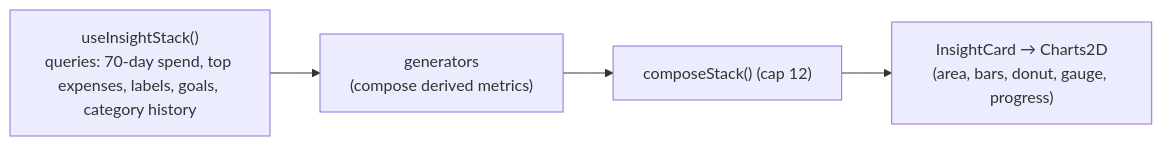
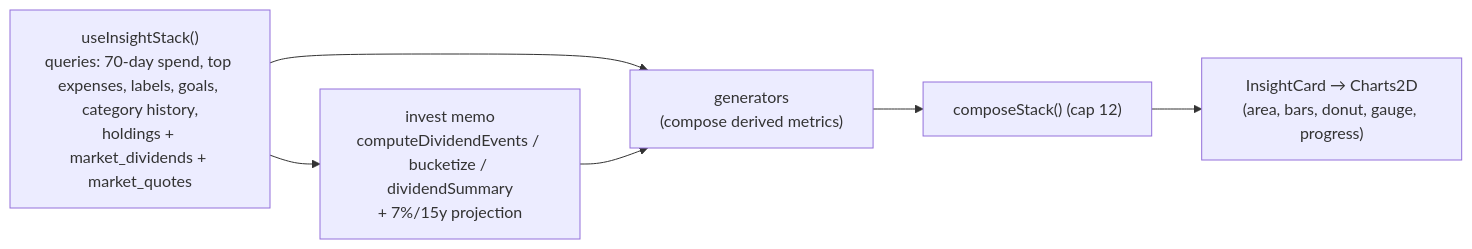
The second of 2 diagrams in docs/features/insights.md (replyto-pocketcare/pocketcare-app), drawn with Mermaid before and after one commit. The commit also changed other lines of this file and 5 other files, not shown here.

First line of the commit message:
feat(insights): dividend + portfolio projection as insight cards

````diff
--- a/docs/features/insights.md
+++ b/docs/features/insights.md
@@ -15,6 +30,8 @@
 ```mermaid
 flowchart LR
-    Q["useInsightStack()\nqueries: 70-day spend, top expenses, labels, goals, category history"] --> Gen["generators\n(compose derived metrics)"]
+    Q["useInsightStack()\nqueries: 70-day spend, top expenses, labels, goals, category history,\nholdings + market_dividends + market_quotes"] --> Inv["invest memo\ncomputeDividendEvents / bucketize / dividendSummary\n+ 7%/15y projection"]
+    Q --> Gen
+    Inv --> Gen["generators\n(compose derived metrics)"]
     Gen --> Stack["composeStack() (cap 12)"]
     Stack --> Cards["InsightCard → Charts2D\n(area, bars, donut, gauge, progress)"]
 ```
````
